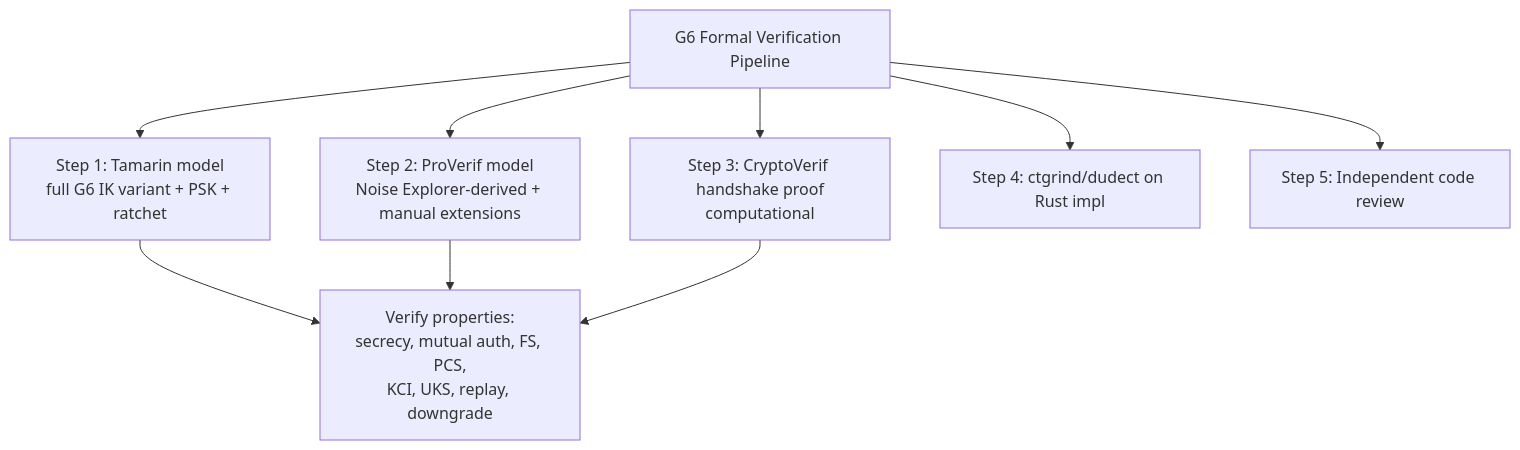
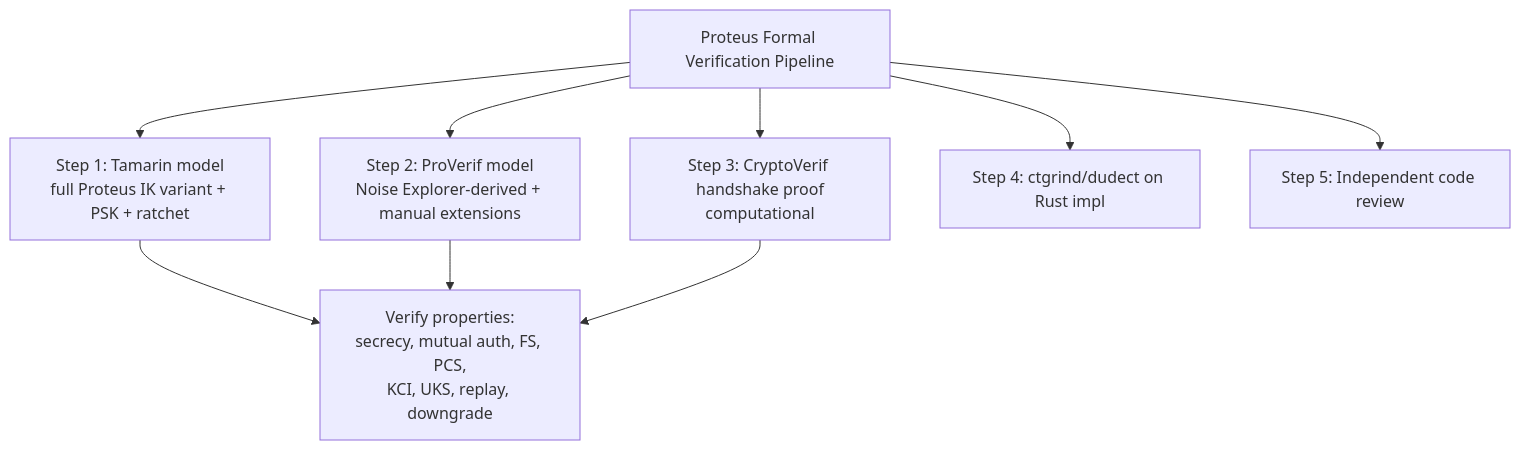
The second of 3 diagrams in lessons/part-3-cryptography/3.15-formal-verification.md (Icarus603/network-from-scratch), drawn with Mermaid before and after one commit. The commit also changed other lines of this file and 300 other files, not shown here.

````diff
--- a/lessons/part-3-cryptography/3.15-formal-verification.md
+++ b/lessons/part-3-cryptography/3.15-formal-verification.md
@@ -262,13 +262,13 @@
 ```mermaid
 flowchart TD
-    G6Verif[G6 Formal Verification Pipeline]
-    G6Verif --> Step1[Step 1: Tamarin model<br/>full G6 IK variant + PSK + ratchet]
-    G6Verif --> Step2[Step 2: ProVerif model<br/>Noise Explorer-derived + manual extensions]
-    G6Verif --> Step3[Step 3: CryptoVerif handshake proof<br/>computational]
-    G6Verif --> Step4[Step 4: ctgrind/dudect on Rust impl]
-    G6Verif --> Step5[Step 5: Independent code review]
+    ProteusVerif[Proteus Formal Verification Pipeline]
+    ProteusVerif --> Step1[Step 1: Tamarin model<br/>full Proteus IK variant + PSK + ratchet]
+    ProteusVerif --> Step2[Step 2: ProVerif model<br/>Noise Explorer-derived + manual extensions]
+    ProteusVerif --> Step3[Step 3: CryptoVerif handshake proof<br/>computational]
+    ProteusVerif --> Step4[Step 4: ctgrind/dudect on Rust impl]
+    ProteusVerif --> Step5[Step 5: Independent code review]
 
     Step1 --> Properties[Verify properties:<br/>secrecy, mutual auth, FS, PCS,<br/>KCI, UKS, replay, downgrade]
     Step2 --> Properties
     Step3 --> Properties
 ```
````
